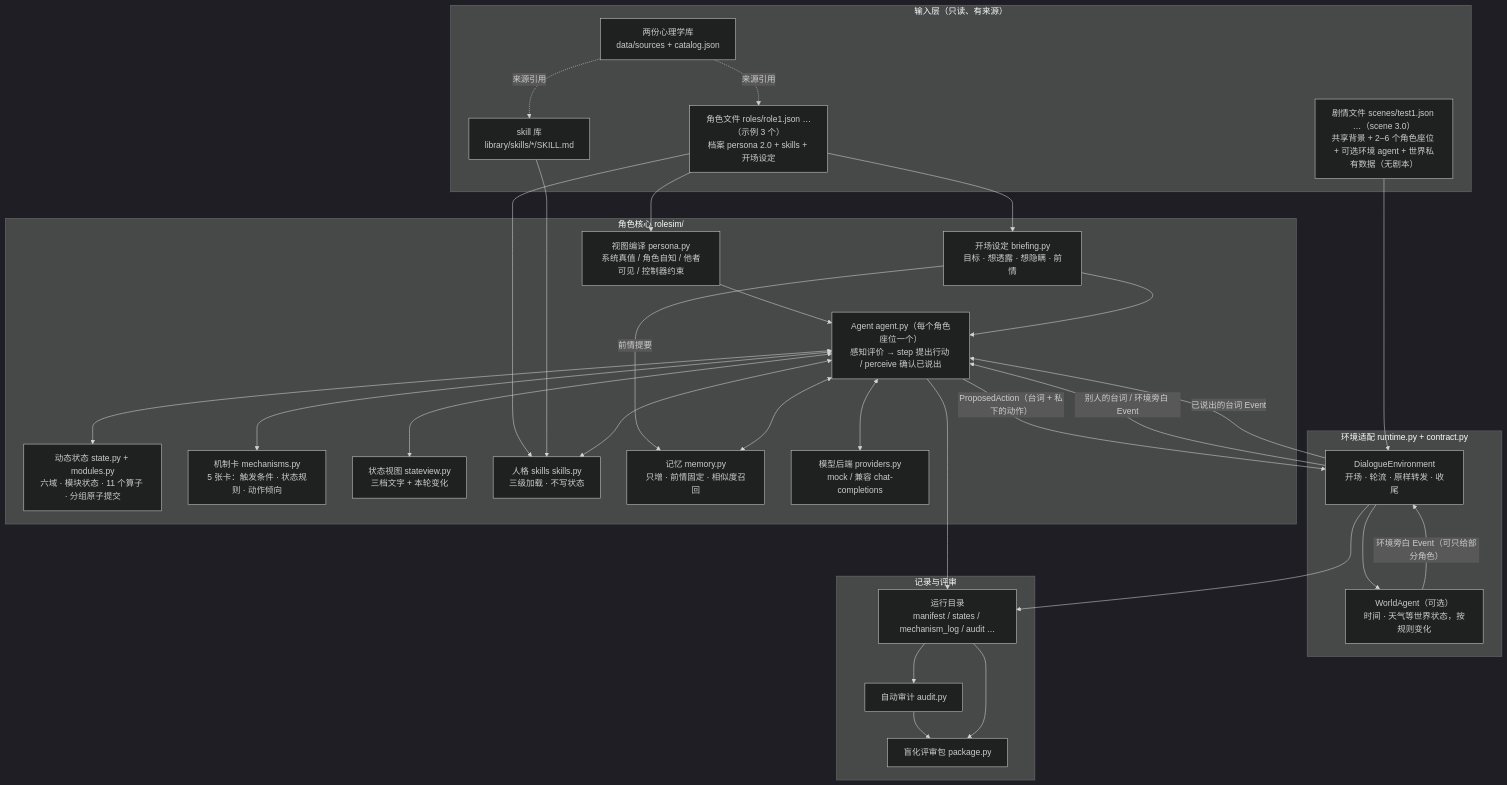
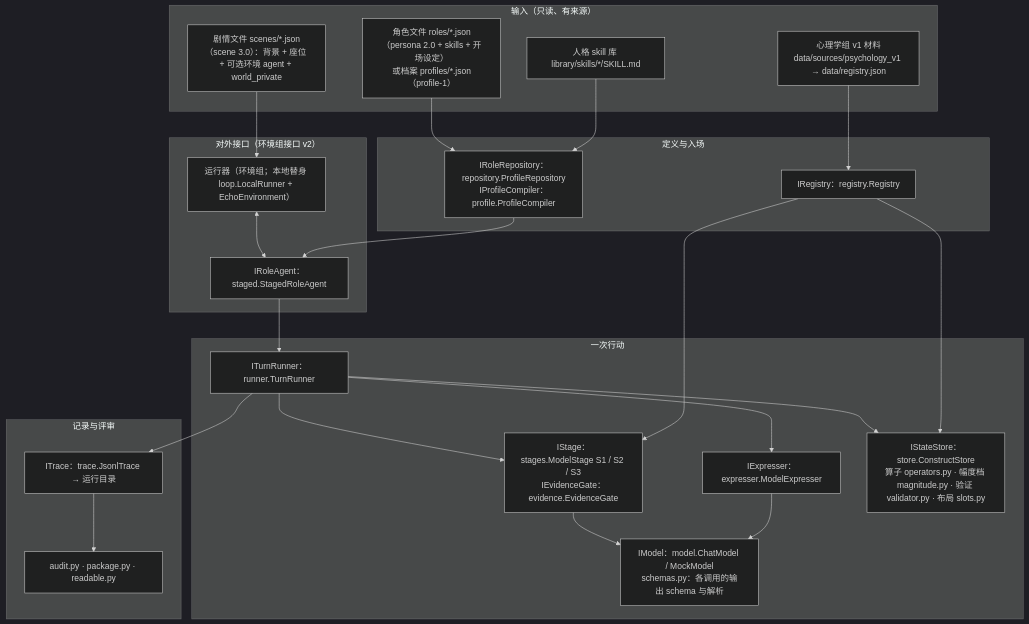
Before and after one commit to piersalei/RoleSimulationFramework: the diagram in docs/07-architecture.md, drawn with Mermaid (dark theme). The commit also changed other lines of this file and 68 other files, not shown here.

````diff
--- a/docs/07-architecture.md
+++ b/docs/07-architecture.md
@@ -13,57 +13,40 @@
 ```mermaid
 flowchart TB
-  subgraph IN["输入层（只读、有来源）"]
-    SRC["两份心理学库<br/>data/sources + catalog.json"]
-    PER["角色文件 roles/role1.json …（示例 3 个）<br/>档案 persona 2.0 + skills + 开场设定"]
-    SKL["skill 库<br/>library/skills/*/SKILL.md"]
-    SCN["剧情文件 scenes/test1.json …（scene 3.0）<br/>共享背景 + 2–6 个角色座位 + 可选环境 agent + 世界私有数据（无剧本）"]
+  subgraph IN["输入（只读、有来源）"]
+    PSY["心理学组 v1 材料<br/>data/sources/psychology_v1 → data/registry.json"]
+    ROLE["角色文件 roles/*.json（persona 2.0 + skills + 开场设定）<br/>或档案 profiles/*.json（profile-1）"]
+    SKL["人格 skill 库 library/skills/*/SKILL.md"]
+    SCN["剧情文件 scenes/*.json（scene 3.0）：背景 + 座位 + 可选环境 agent + world_private"]
   end
-
-  subgraph CORE["角色核心 rolesim/"]
-    VIEW["视图编译 persona.py<br/>系统真值 / 角色自知 / 他者可见 / 控制器约束"]
-    AG["Agent agent.py（每个角色座位一个）<br/>感知评价 → step 提出行动 / perceive 确认已说出"]
-    ST["动态状态 state.py + modules.py<br/>六域 · 模块状态 · 11 个算子 · 分组原子提交"]
-    MECH["机制卡 mechanisms.py<br/>5 张卡：触发条件 · 状态规则 · 动作倾向"]
-    SV["状态视图 stateview.py<br/>三档文字 + 本轮变化"]
-    SK["人格 skills skills.py<br/>三级加载 · 不写状态"]
-    MEM["记忆 memory.py<br/>只增 · 前情固定 · 相似度召回"]
-    BR["开场设定 briefing.py<br/>目标 · 想透露 · 想隐瞒 · 前情"]
-    BK["模型后端 providers.py<br/>mock / 兼容 chat-completions"]
+  subgraph EXT["对外接口（环境组接口 v2）"]
+    RUN["运行器（环境组；本地替身 loop.LocalRunner + EchoEnvironment）"]
+    AG["IRoleAgent：staged.StagedRoleAgent"]
   end
-
-  subgraph ENV["环境适配 runtime.py + contract.py"]
-    SE["DialogueEnvironment<br/>开场 · 轮流 · 原样转发 · 收尾"]
-    WA["WorldAgent（可选）<br/>时间 · 天气等世界状态，按规则变化"]
+  subgraph CORE["一次行动"]
+    TR["ITurnRunner：runner.TurnRunner"]
+    ST["IStage：stages.ModelStage S1 / S2 / S3<br/>IEvidenceGate：evidence.EvidenceGate"]
+    EX["IExpresser：expresser.ModelExpresser"]
+    MD["IModel：model.ChatModel / MockModel<br/>schemas.py：各调用的输出 schema 与解析"]
+    SS["IStateStore：store.ConstructStore<br/>算子 operators.py · 幅度档 magnitude.py · 验证 validator.py · 布局 slots.py"]
   end
-
+  subgraph DEF["定义与入场"]
+    REG["IRegistry：registry.Registry"]
+    REP["IRoleRepository：repository.ProfileRepository<br/>IProfileCompiler：profile.ProfileCompiler"]
+  end
   subgraph OUT["记录与评审"]
-    RUN["运行目录<br/>manifest / states / mechanism_log / audit …"]
-    AUD["自动审计 audit.py"]
-    PKG["盲化评审包 package.py"]
+    TRACE["ITrace：trace.JsonlTrace → 运行目录"]
+    AUD["audit.py · package.py · readable.py"]
   end
-
-  SRC -. 来源引用 .-> PER
-  SRC -. 来源引用 .-> SKL
-  PER --> VIEW --> AG
-  PER --> SK
-  SKL --> SK
-  SCN --> SE
-  SE --> WA
-  WA -- "环境旁白 Event（可只给部分角色）" --> SE
-  PER --> BR
-  BR --> AG
-  BR -- "前情提要" --> MEM
-  SE -- "别人的台词 / 环境旁白 Event" --> AG
-  AG <--> ST
-  AG <--> SV
-  AG <--> MEM
-  AG <--> SK
-  AG <--> MECH
-  AG <--> BK
-  AG -- "ProposedAction（台词 + 私下的动作）" --> SE
-  SE -- "已说出的台词 Event" --> AG
-  AG --> RUN
-  SE --> RUN
-  RUN --> AUD --> PKG
-  RUN --> PKG
+  PSY --> REG
+  ROLE --> REP
+  SKL --> REP
+  SCN --> RUN
+  RUN <--> AG --> TR
+  REP --> AG
+  TR --> ST --> MD
+  TR --> EX --> MD
+  TR --> SS
+  REG --> ST
+  REG --> SS
+  TR --> TRACE --> AUD
 ```
````
